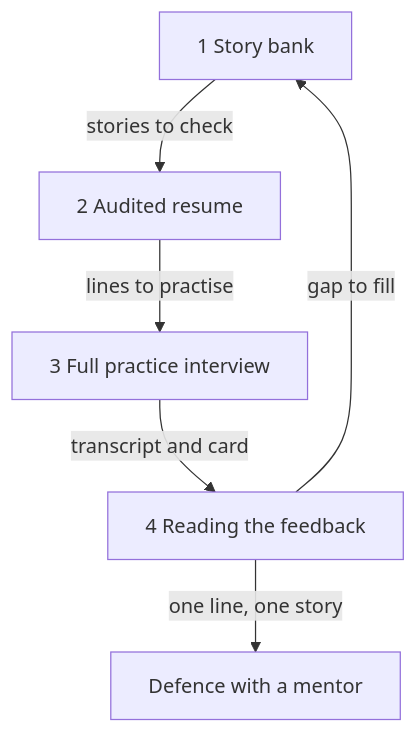
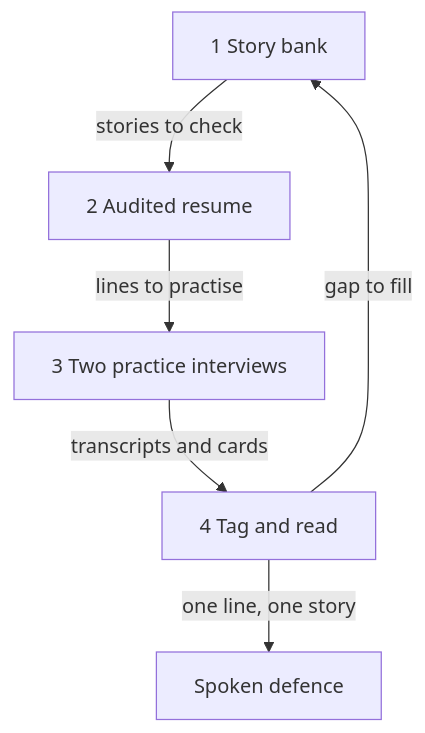
Before and after one commit to devweekends/Buildment: the diagram in courses/founder-interviews/07-the-full-interview/07.04-capstone-full-interview.md, drawn with Mermaid. The commit also changed other lines of this file and 4 other files, not shown here.

````diff
--- a/courses/founder-interviews/07-the-full-interview/07.04-capstone-full-interview.md
+++ b/courses/founder-interviews/07-the-full-interview/07.04-capstone-full-interview.md
@@ -25,8 +29,8 @@
 ```mermaid
 flowchart TD
   A["1 Story bank"] -->|"stories to check"| B["2 Audited resume"]
-  B -->|"lines to practise"| C["3 Full practice interview"]
-  C -->|"transcript and card"| D["4 Reading the feedback"]
+  B -->|"lines to practise"| C["3 Two practice interviews"]
+  C -->|"transcripts and cards"| D["4 Tag and read"]
   D -->|"gap to fill"| A
-  D -->|"one line, one story"| E["Defence with a mentor"]
+  D -->|"one line, one story"| E["Spoken defence"]
 ```
````
